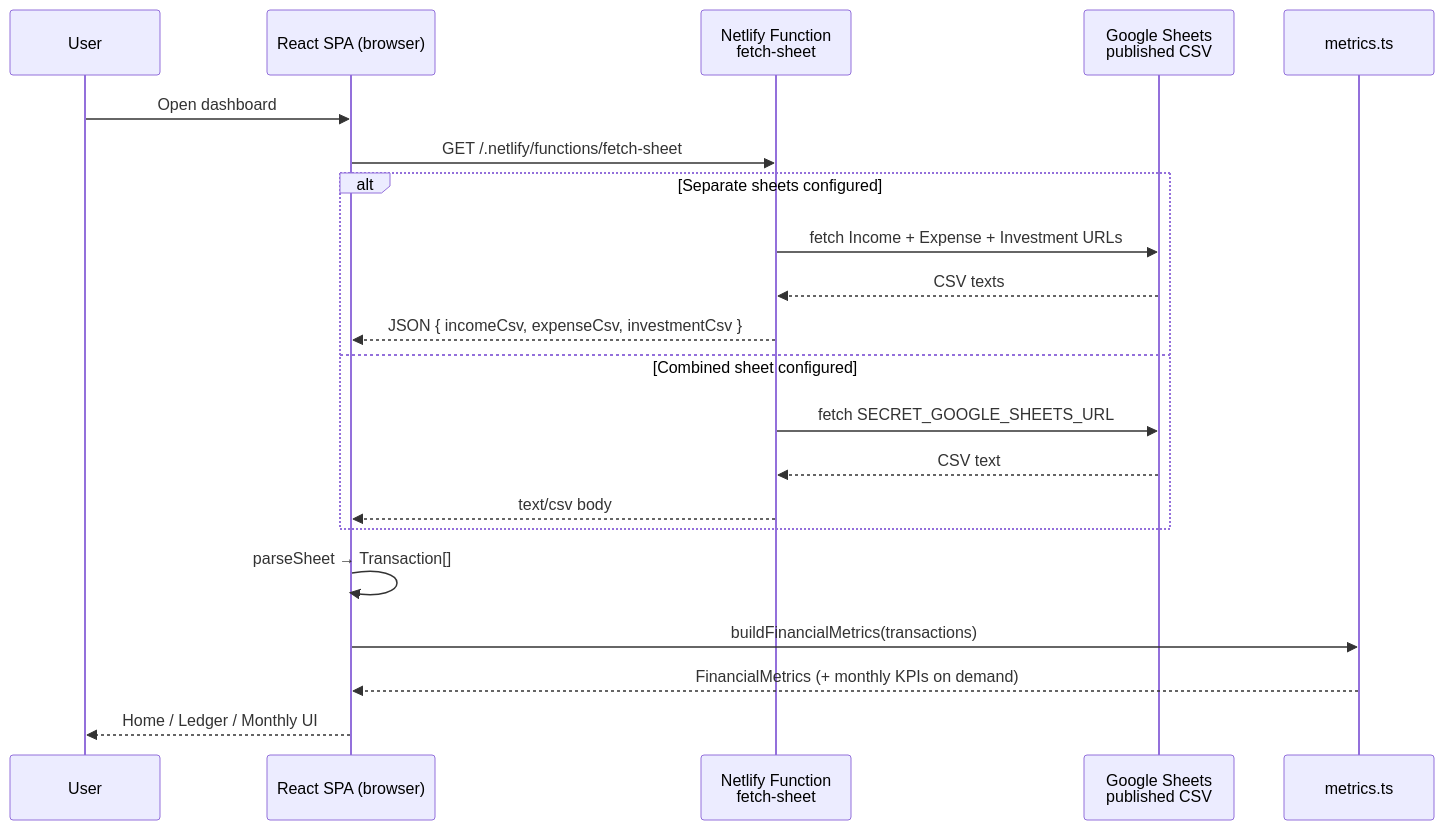
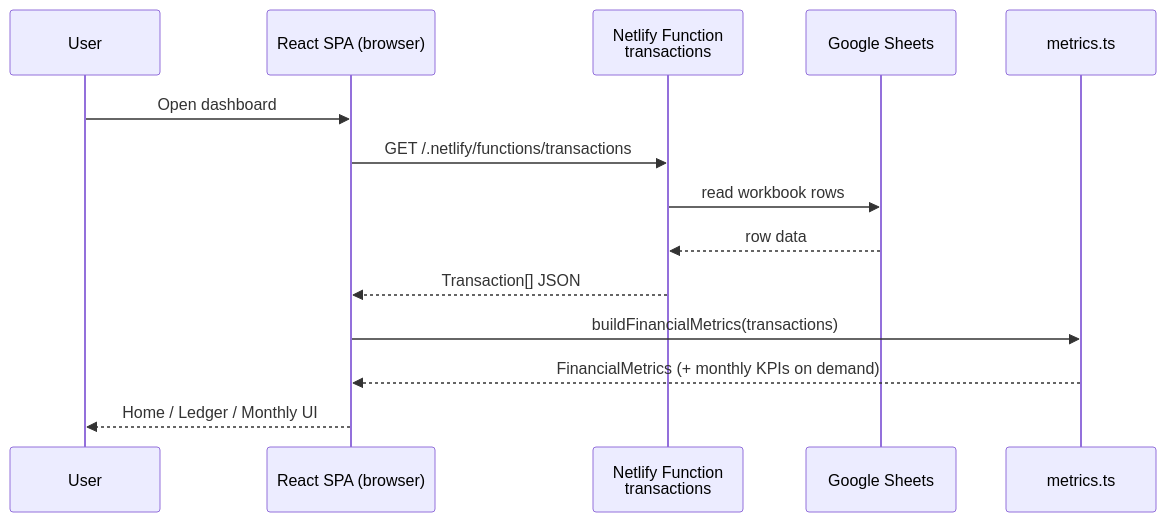
Before and after one commit to rahulx81x/MuffinPWA: the diagram in README.md, drawn with Mermaid. The commit also changed other lines of this file and 20 other files, not shown here.

````diff
--- a/README.md
+++ b/README.md
@@ -437,24 +465,17 @@
 ```mermaid
 sequenceDiagram
   participant User
   participant React as React SPA (browser)
-  participant Fn as Netlify Function<br/>fetch-sheet
-  participant Sheets as Google Sheets<br/>published CSV
+  participant Fn as Netlify Function<br/>transactions
+  participant Sheets as Google Sheets
   participant Metrics as metrics.ts
 
   User->>React: Open dashboard
-  React->>Fn: GET /.netlify/functions/fetch-sheet
-  alt Separate sheets configured
-    Fn->>Sheets: fetch Income + Expense + Investment URLs
-    Sheets-->>Fn: CSV texts
-    Fn-->>React: JSON { incomeCsv, expenseCsv, investmentCsv }
-  else Combined sheet configured
-    Fn->>Sheets: fetch SECRET_GOOGLE_SHEETS_URL
-    Sheets-->>Fn: CSV text
-    Fn-->>React: text/csv body
-  end
-  React->>React: parseSheet → Transaction[]
+  React->>Fn: GET /.netlify/functions/transactions
+  Fn->>Sheets: read workbook rows
+  Sheets-->>Fn: row data
+  Fn-->>React: Transaction[] JSON
   React->>Metrics: buildFinancialMetrics(transactions)
   Metrics-->>React: FinancialMetrics (+ monthly KPIs on demand)
   React-->>User: Home / Ledger / Monthly UI
 ```
````
